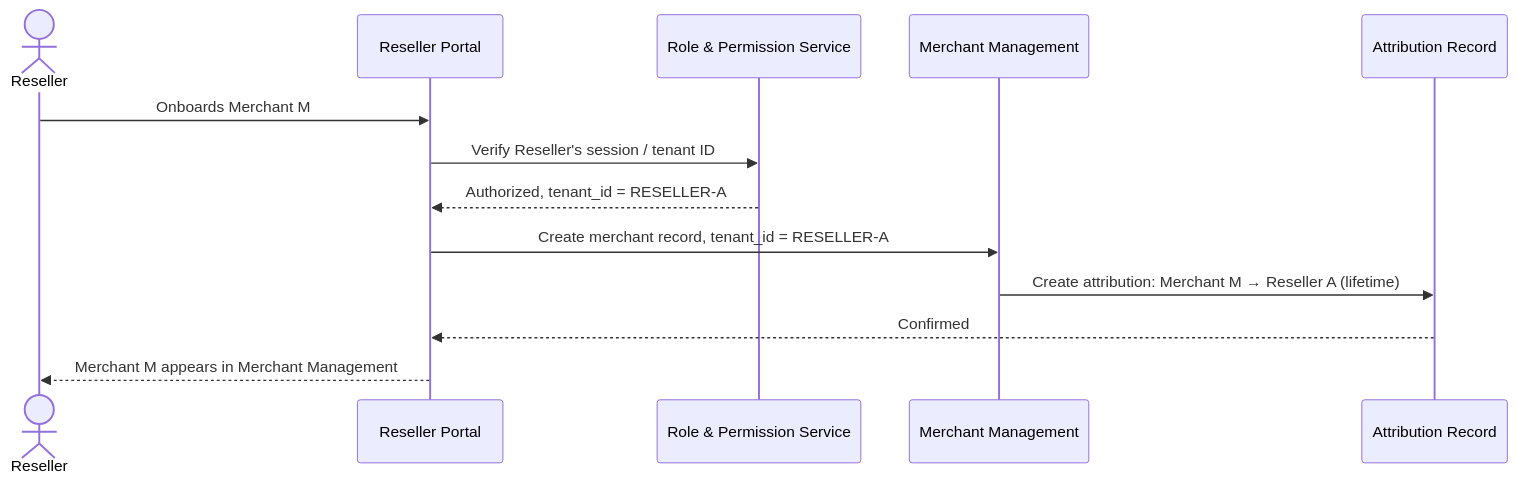
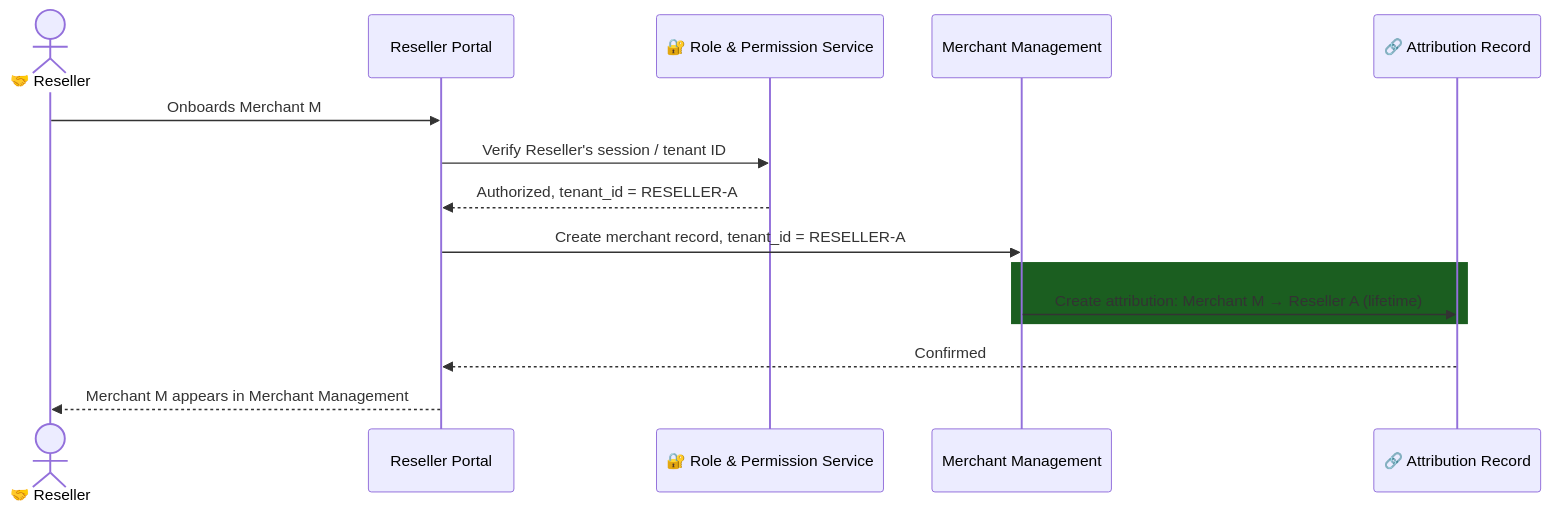
One commit to ghanendra-sdet/reseller-management-platform changed the second of 5 diagrams in docs/architecture-and-flow.md. Above: the diagram before and after it, drawn with Mermaid. The commit also changed other lines of this file, not shown here.

Commit message:
docs: enrich architecture diagrams and prose

````diff
--- a/docs/architecture-and-flow.md
+++ b/docs/architecture-and-flow.md
@@ -55,16 +64,18 @@
 ```mermaid
 sequenceDiagram
-    actor Reseller
+    actor Reseller as 🤝 Reseller
     participant RP as Reseller Portal
-    participant RolePerm as Role & Permission Service
+    participant RolePerm as 🔐 Role & Permission Service
     participant MM as Merchant Management
-    participant Attr as Attribution Record
+    participant Attr as 🔗 Attribution Record
 
     Reseller->>RP: Onboards Merchant M
     RP->>RolePerm: Verify Reseller's session / tenant ID
     RolePerm-->>RP: Authorized, tenant_id = RESELLER-A
     RP->>MM: Create merchant record, tenant_id = RESELLER-A
+    rect rgb(27, 94, 32)
     MM->>Attr: Create attribution: Merchant M → Reseller A (lifetime)
+    end
     Attr-->>RP: Confirmed
     RP-->>Reseller: Merchant M appears in Merchant Management
 ```
````
